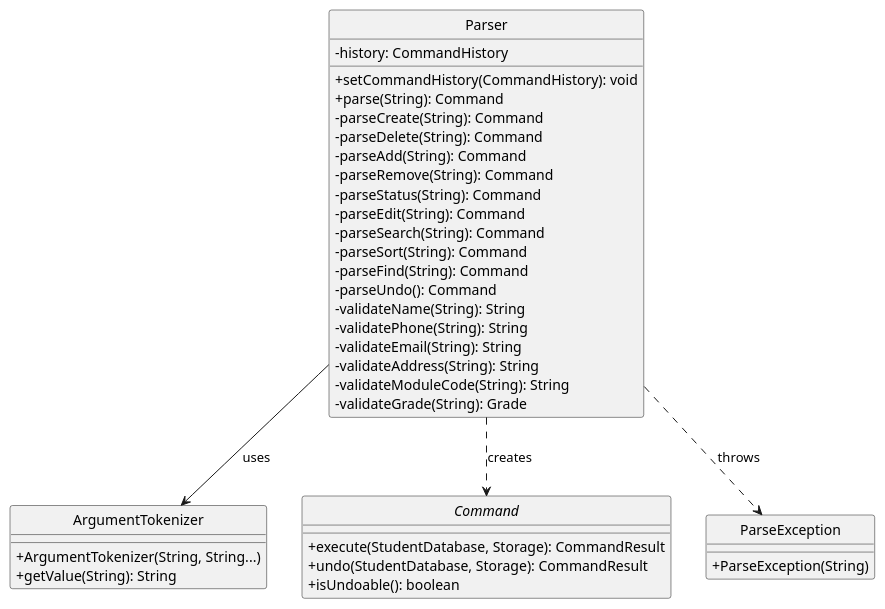
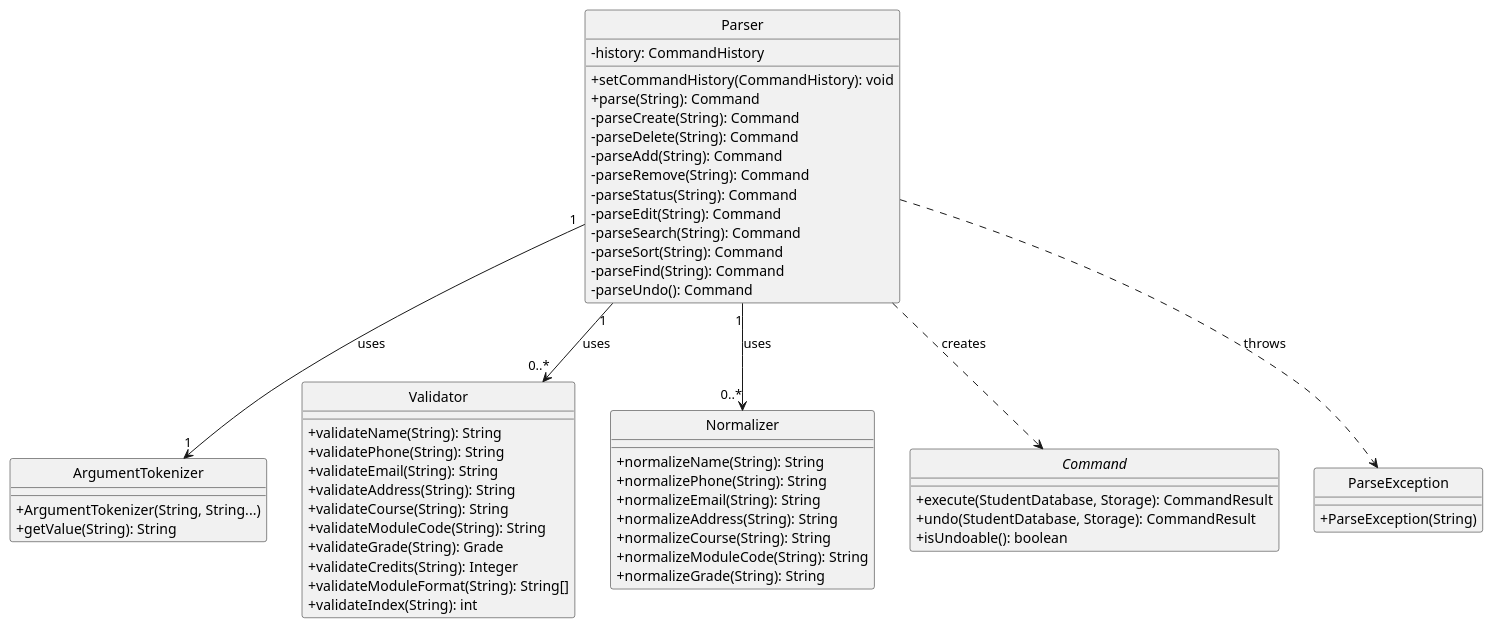
One commit to AgaraNUS/tp changed the diagram in docs/diagrams/ParserClassDiagram.puml. Above: the diagram before and after it, drawn with PlantUML. The commit also changed 5 other files, not shown here.

First line of the commit message:
update parser and student class diagrams

```diff
--- a/docs/diagrams/ParserClassDiagram.puml
+++ b/docs/diagrams/ParserClassDiagram.puml
@@ -1,45 +1,66 @@
 @startuml ParserClassDiagram
 skinparam classAttributeIconSize 0
 skinparam style strictuml
 
 class Parser {
     -history: CommandHistory
     +setCommandHistory(CommandHistory): void
     +parse(String): Command
     -parseCreate(String): Command
     -parseDelete(String): Command
     -parseAdd(String): Command
     -parseRemove(String): Command
     -parseStatus(String): Command
     -parseEdit(String): Command
     -parseSearch(String): Command
     -parseSort(String): Command
     -parseFind(String): Command
     -parseUndo(): Command
-    -validateName(String): String
-    -validatePhone(String): String
-    -validateEmail(String): String
-    -validateAddress(String): String
-    -validateModuleCode(String): String
-    -validateGrade(String): Grade
 }
 
 class ArgumentTokenizer {
     +ArgumentTokenizer(String, String...)
     +getValue(String): String
+}
+
+class Validator {
+    +validateName(String): String
+    +validatePhone(String): String
+    +validateEmail(String): String
+    +validateAddress(String): String
+    +validateCourse(String): String
+    +validateModuleCode(String): String
+    +validateGrade(String): Grade
+    +validateCredits(String): Integer
+    +validateModuleFormat(String): String[]
+    +validateIndex(String): int
+}
+
+class Normalizer {
+    +normalizeName(String): String
+    +normalizePhone(String): String
+    +normalizeEmail(String): String
+    +normalizeAddress(String): String
+    +normalizeCourse(String): String
+    +normalizeModuleCode(String): String
+    +normalizeGrade(String): String
 }
 
 interface Command {
     +execute(StudentDatabase, Storage): CommandResult
     +undo(StudentDatabase, Storage): CommandResult
     +isUndoable(): boolean
 }
 
 class ParseException {
     +ParseException(String)
 }
 
-Parser --> ArgumentTokenizer : uses
-Parser ..> Command : creates
-Parser ..> ParseException : throws
+Parser "1" --> "1" ArgumentTokenizer : uses
+Parser  ..>  Command : creates
+Parser  ..>  ParseException : throws
+
+Parser "1" --> "0..*" Validator : uses
+Parser "1" --> "0..*" Normalizer : uses
+
 @enduml
```
